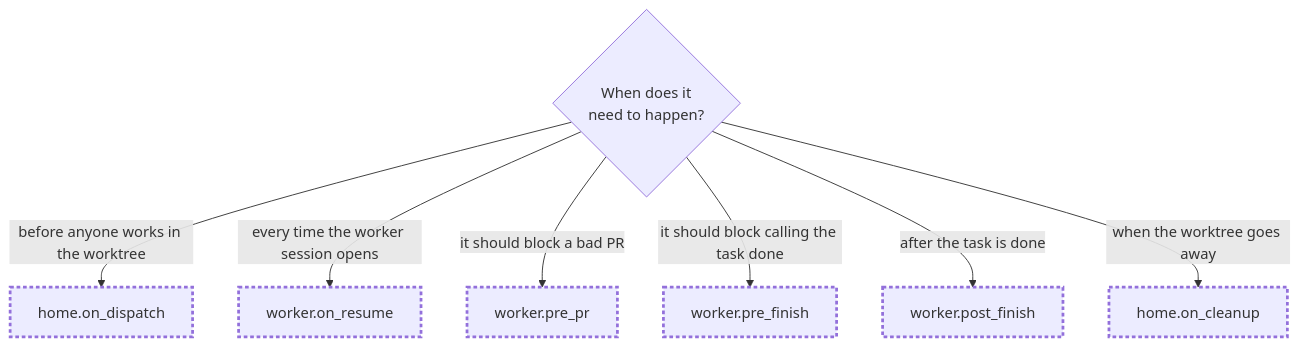
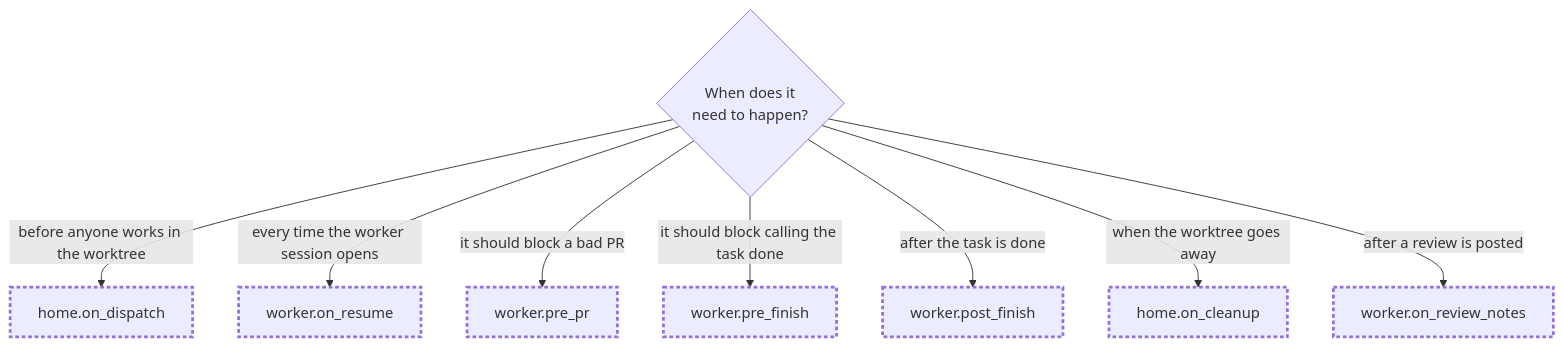
Before and after one commit to jhuizingh/maestro: the second of 2 diagrams in baton/references/hooks.md, drawn with Mermaid. The commit also changed other lines of this file and 14 other files, not shown here.

First line of the commit message:
baton review: verdict rule, and worker.on_review_notes for the linked ticket (jbh-1k22.11)

````diff
--- a/baton/references/hooks.md
+++ b/baton/references/hooks.md
@@ -381,13 +428,14 @@
 ```mermaid
 flowchart TD
     Q0{"When does it<br/>need to happen?"}
     Q0 -->|before anyone works in the worktree| A1["home.on_dispatch"]
     Q0 -->|every time the worker session opens| A2["worker.on_resume"]
     Q0 -->|it should block a bad PR| A3["worker.pre_pr"]
     Q0 -->|it should block calling the task done| A4["worker.pre_finish"]
     Q0 -->|after the task is done| A5["worker.post_finish"]
     Q0 -->|when the worktree goes away| A6["home.on_cleanup"]
+    Q0 -->|after a review is posted| A7["worker.on_review_notes"]
 
     classDef hook stroke-width:3px,stroke-dasharray:4 3;
-    class A1,A2,A3,A4,A5,A6 hook;
+    class A1,A2,A3,A4,A5,A6,A7 hook;
 ```
````
